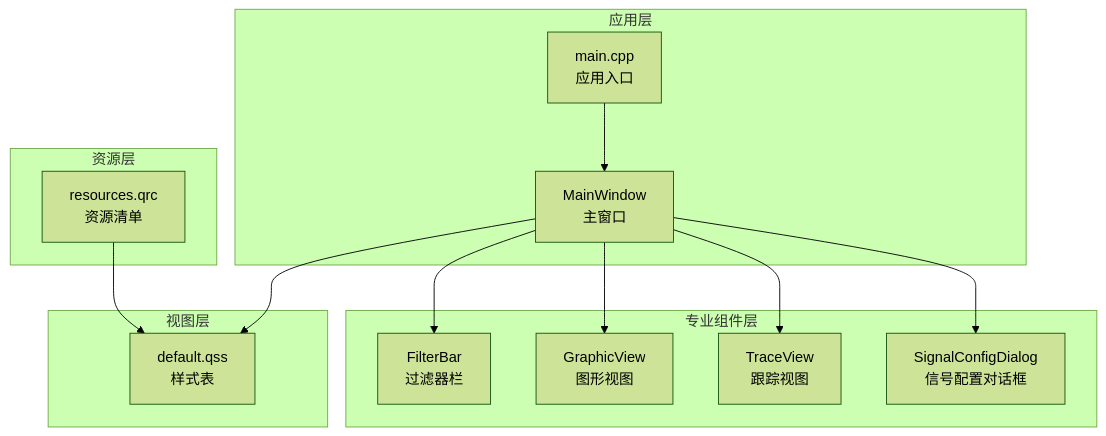
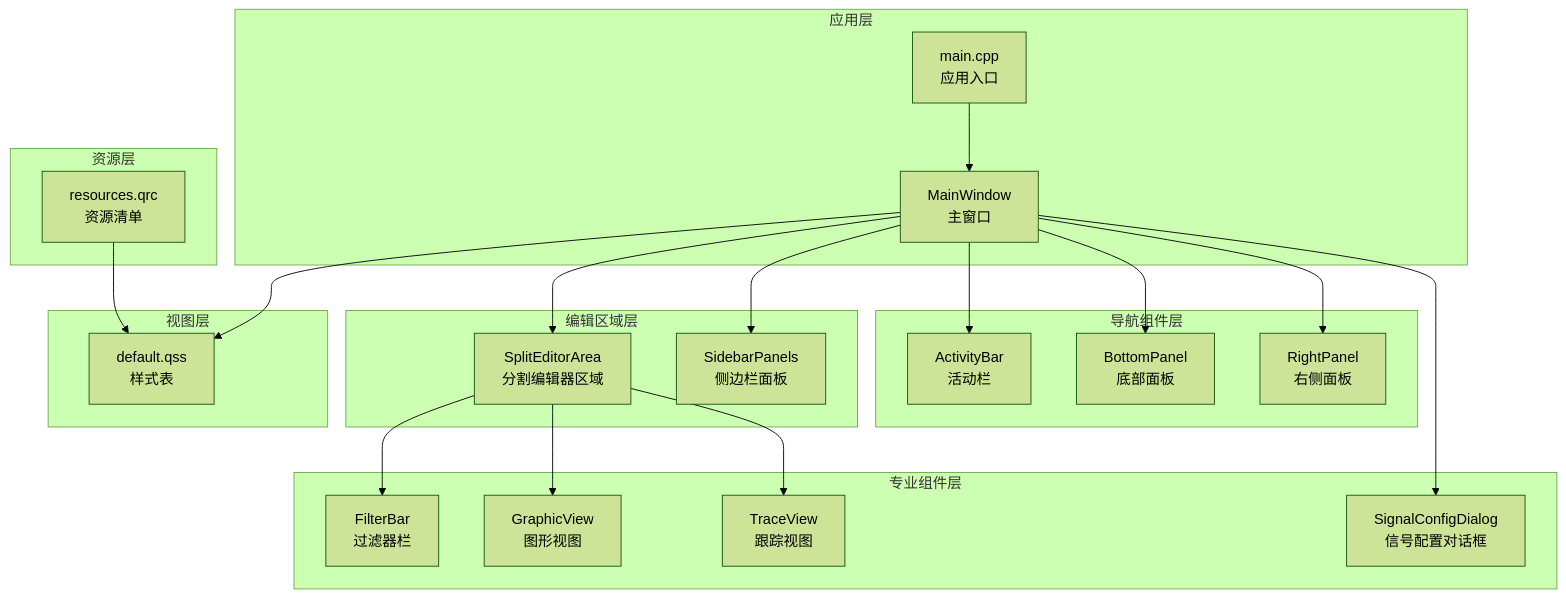
Before and after one commit to jakecai1225-design/OpenBus: the second of 17 diagrams in .qoder/repowiki/zh/content/架构设计/UI系统设计.md, drawn with Mermaid (forest theme). The commit also changed other lines of this file and 44 other files, not shown here.

````diff
--- a/.qoder/repowiki/zh/content/架构设计/UI系统设计.md
+++ b/.qoder/repowiki/zh/content/架构设计/UI系统设计.md
@@ -114,26 +141,40 @@
 ```mermaid
 graph TB
 subgraph "应用层"
 M["main.cpp<br/>应用入口"]
 MW["MainWindow<br/>主窗口"]
+end
+subgraph "导航组件层"
+AB["ActivityBar<br/>活动栏"]
+BP["BottomPanel<br/>底部面板"]
+RP["RightPanel<br/>右侧面板"]
+end
+subgraph "编辑区域层"
+SEA["SplitEditorArea<br/>分割编辑器区域"]
+SBP["SidebarPanels<br/>侧边栏面板"]
 end
 subgraph "专业组件层"
 FB["FilterBar<br/>过滤器栏"]
 GV["GraphicView<br/>图形视图"]
 TV["TraceView<br/>跟踪视图"]
 SCD["SignalConfigDialog<br/>信号配置对话框"]
 end
 subgraph "视图层"
 QSS["default.qss<br/>样式表"]
 end
 subgraph "资源层"
 QRC["resources.qrc<br/>资源清单"]
 end
 M --> MW
-MW --> FB
-MW --> GV
-MW --> TV
+MW --> AB
+MW --> BP
+MW --> RP
+MW --> SEA
+MW --> SBP
+SEA --> FB
+SEA --> GV
+SEA --> TV
 MW --> SCD
 MW --> QSS
 QRC --> QSS
 ```
````
